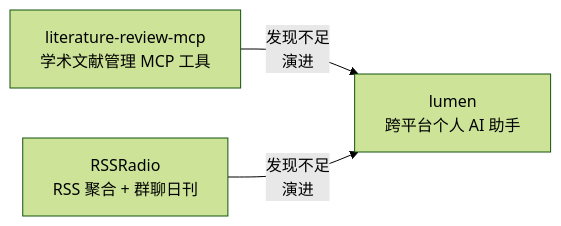
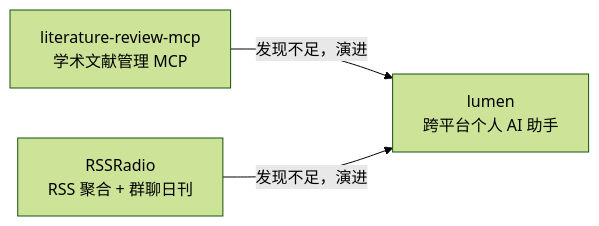
Before and after one commit to ydzat/ydzat: the second of 2 diagrams in README.md, drawn with Mermaid (forest theme). The commit also changed other lines of this file, not shown here.

````diff
--- a/README.md
+++ b/README.md
@@ -34,5 +41,5 @@
 ```mermaid
 graph LR
-  A[literature-review-mcp<br/>学术文献管理 MCP 工具] -->|发现不足<br/>演进| C[lumen<br/>跨平台个人 AI 助手]
-  B[RSSRadio<br/>RSS 聚合 + 群聊日刊] -->|发现不足<br/>演进| C
+  A[literature-review-mcp<br/>学术文献管理 MCP] -->|发现不足，演进| C[lumen<br/>跨平台个人 AI 助手]
+  B[RSSRadio<br/>RSS 聚合 + 群聊日刊] -->|发现不足，演进| C
 ```
````
